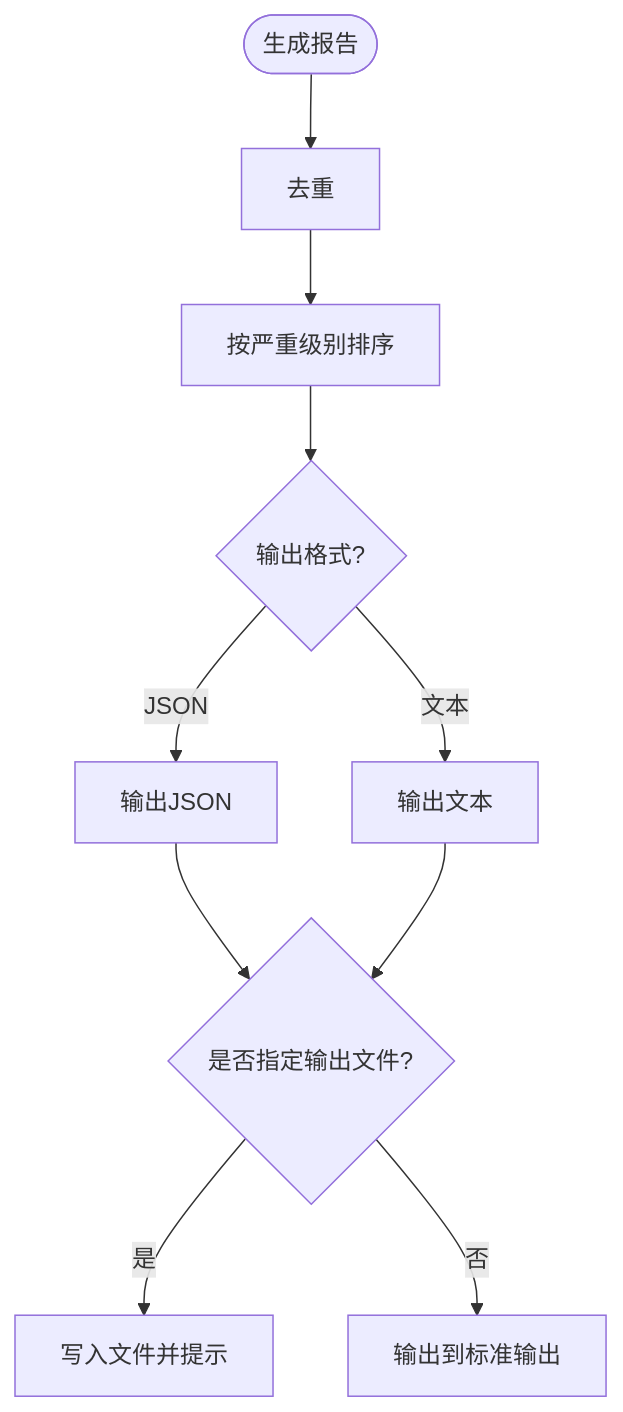
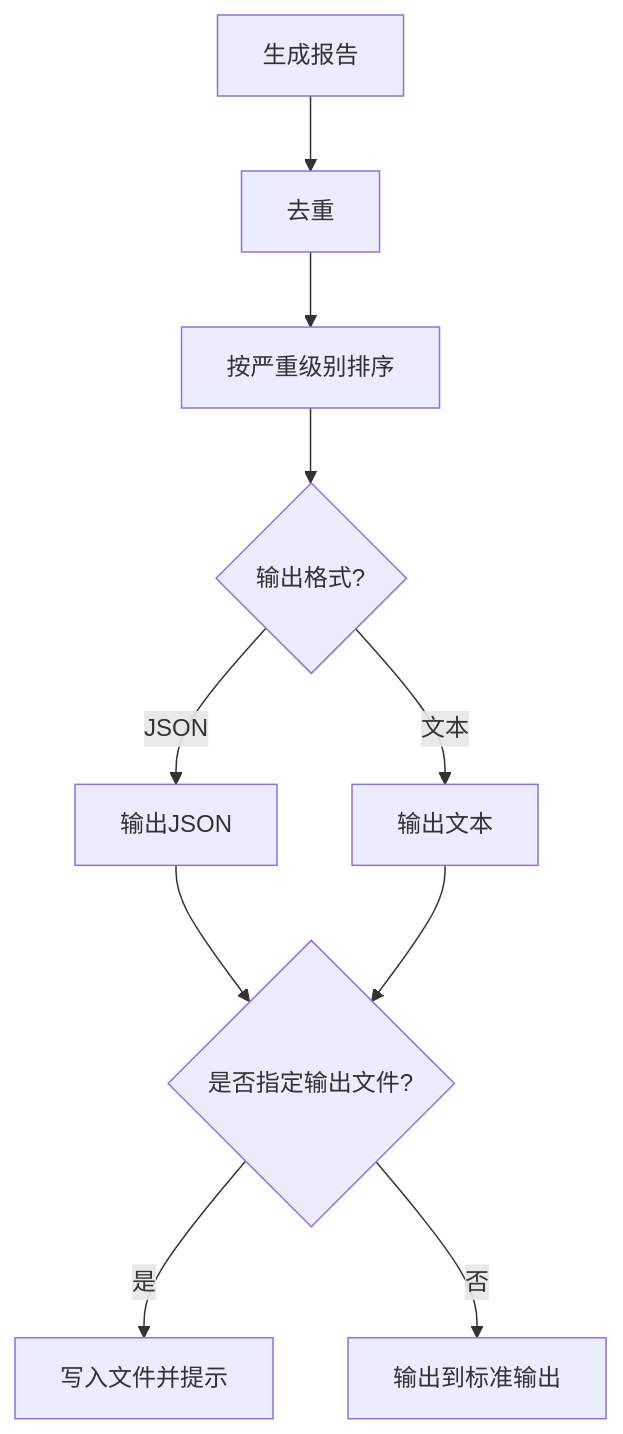
The fifth of 7 diagrams in .qoder/repowiki/zh/content/测试说明.md (kudig-io/kudig.sh), drawn with Mermaid before and after one commit. The commit also changed other lines of this file and 8 other files, not shown here.

````diff
--- a/.qoder/repowiki/zh/content/测试说明.md
+++ b/.qoder/repowiki/zh/content/测试说明.md
@@ -151,12 +151,12 @@
 ```mermaid
 flowchart TD
-Gen(["生成报告"]) --> Dedup["去重"]
+Gen["生成报告"] --> Dedup["去重"]
 Dedup --> Sort["按严重级别排序"]
 Sort --> Format{"输出格式?"}
 Format --> |JSON| JSON["输出JSON"]
 Format --> |文本| Text["输出文本"]
 JSON --> Save{"是否指定输出文件?"}
 Text --> Save
 Save --> |是| Write["写入文件并提示"]
 Save --> |否| Stdout["输出到标准输出"]
 ```
````
